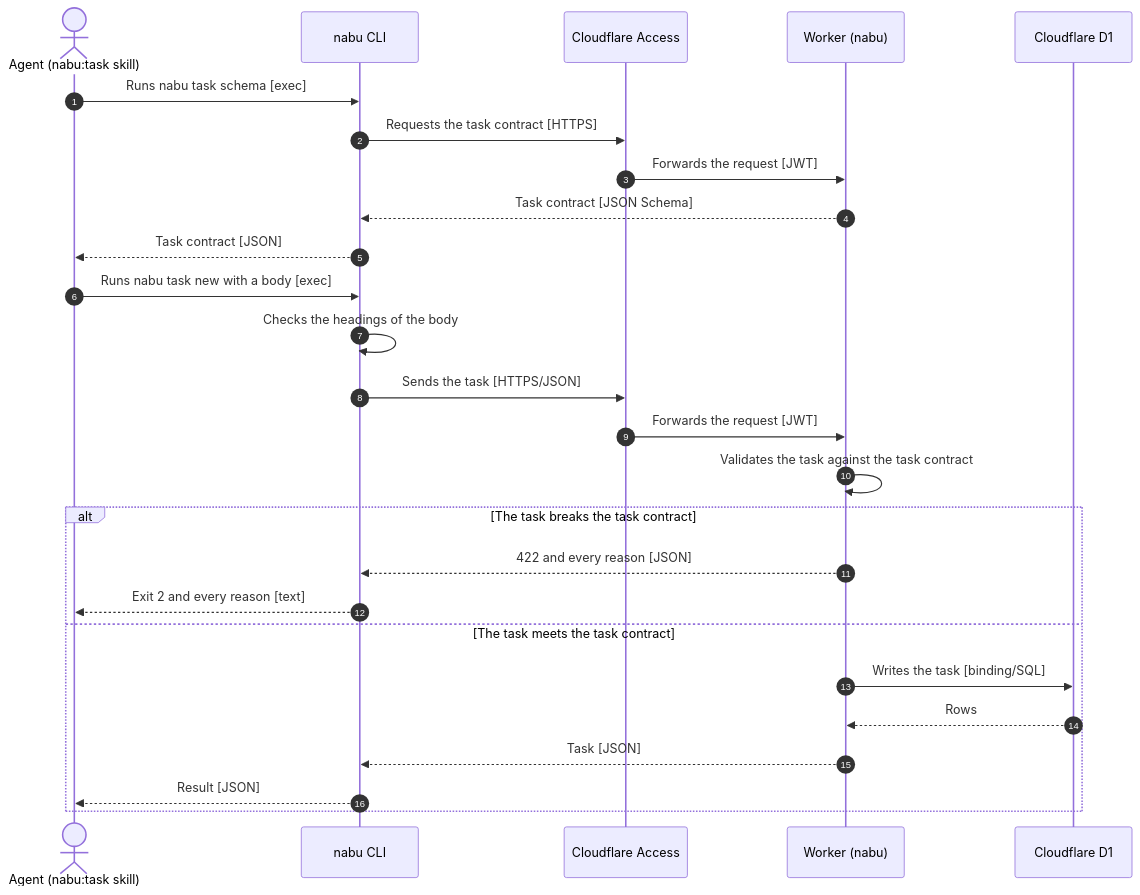
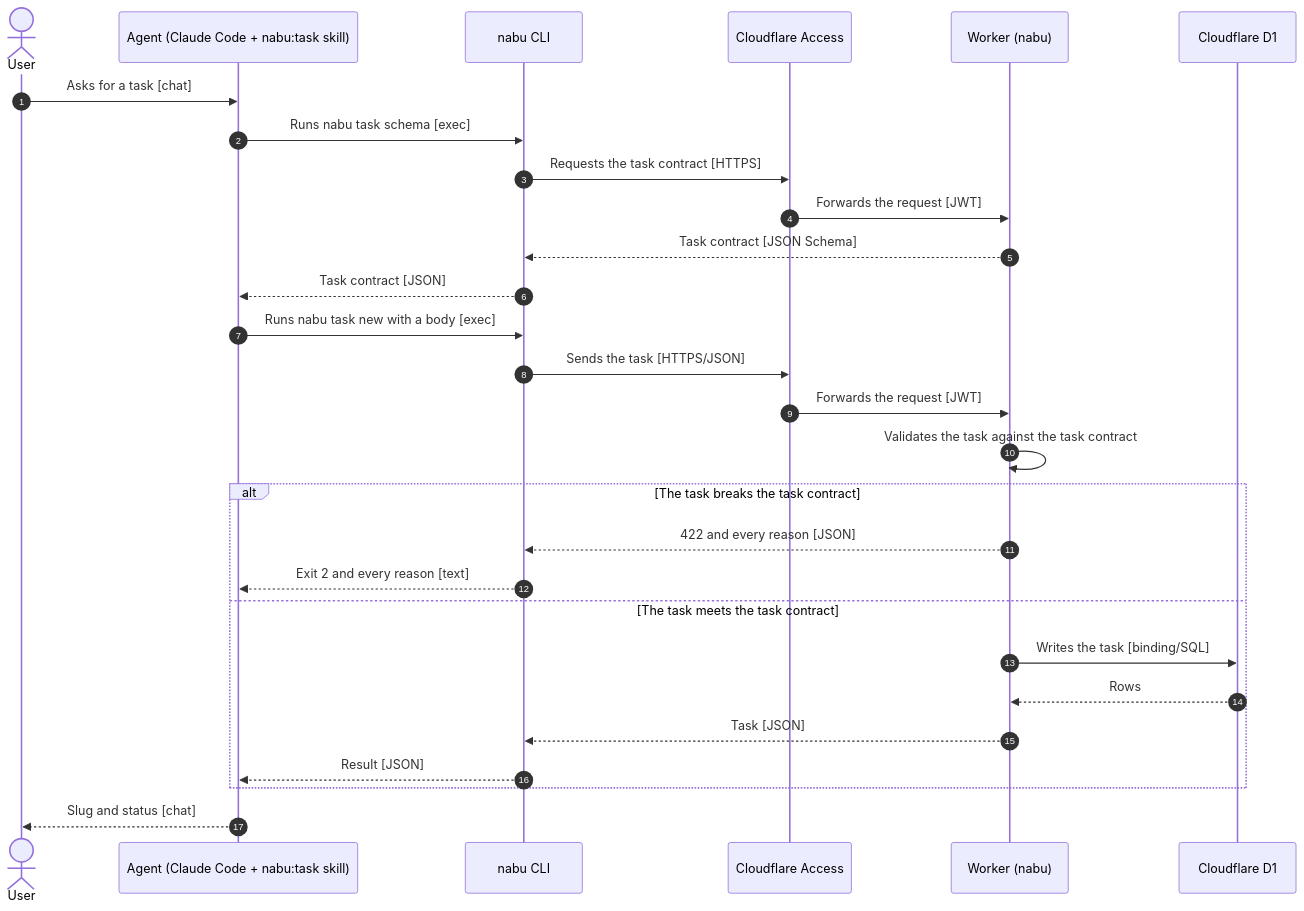
One commit to gitt510/nabu changed the fourth of 4 diagrams in docs/architecture.md. Above: the diagram before and after it, drawn with Mermaid. The commit also changed other lines of this file, not shown here.

Commit message:
docs: draw the agent as a system the user asks, and drop the CLI self-check

````diff
--- a/docs/architecture.md
+++ b/docs/architecture.md
@@ -67,29 +67,31 @@
 ```mermaid
 sequenceDiagram
   autonumber
-  actor Agent as Agent (nabu:task skill)
+  actor User
+  participant Agent as Agent (Claude Code + nabu:task skill)
   participant CLI as nabu CLI
   participant Access as Cloudflare Access
   participant Worker as Worker (nabu)
   participant D1 as Cloudflare D1
 
+  User->>Agent: Asks for a task [chat]
   Agent->>CLI: Runs nabu task schema [exec]
   CLI->>Access: Requests the task contract [HTTPS]
   Access->>Worker: Forwards the request [JWT]
   Worker-->>CLI: Task contract [JSON Schema]
   CLI-->>Agent: Task contract [JSON]
   Agent->>CLI: Runs nabu task new with a body [exec]
-  CLI->>CLI: Checks the headings of the body
   CLI->>Access: Sends the task [HTTPS/JSON]
   Access->>Worker: Forwards the request [JWT]
   Worker->>Worker: Validates the task against the task contract
   alt The task breaks the task contract
     Worker-->>CLI: 422 and every reason [JSON]
     CLI-->>Agent: Exit 2 and every reason [text]
   else The task meets the task contract
     Worker->>D1: Writes the task [binding/SQL]
     D1-->>Worker: Rows
     Worker-->>CLI: Task [JSON]
     CLI-->>Agent: Result [JSON]
   end
+  Agent-->>User: Slug and status [chat]
 ```
````
